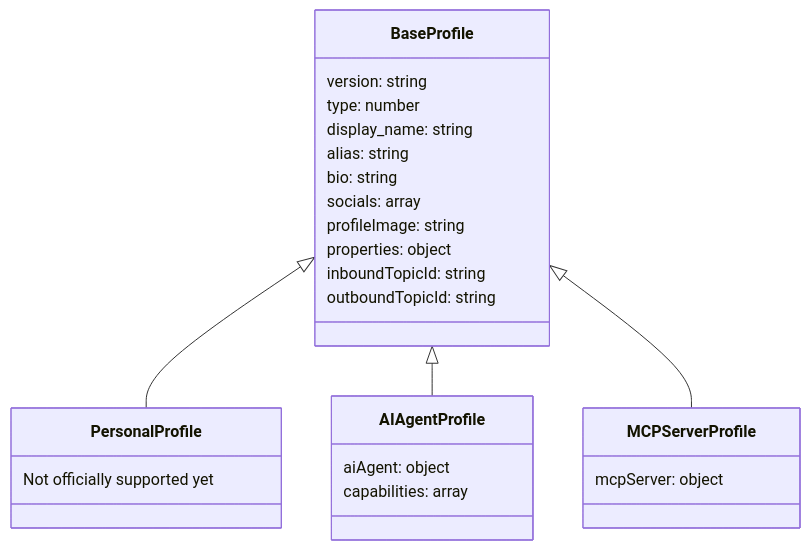
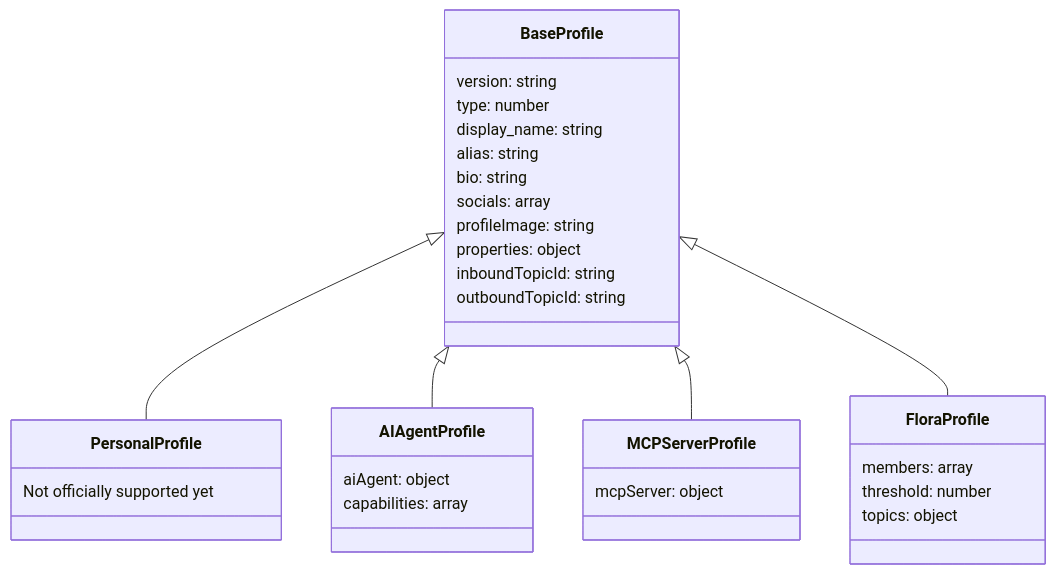
The second of 4 diagrams in docs/standards/hcs-11.md (hashgraph-online/hcs-improvement-proposals), drawn with Mermaid before and after one commit. The commit also changed other lines of this file and 2 other files, not shown here.

````diff
--- a/docs/standards/hcs-11.md
+++ b/docs/standards/hcs-11.md
@@ -158,32 +158,39 @@
 ```mermaid
 classDiagram
     class BaseProfile {
         version: string
         type: number
         display_name: string
         alias: string
         bio: string
         socials: array
         profileImage: string
         properties: object
         inboundTopicId: string
         outboundTopicId: string
     }
 
     class PersonalProfile {
         Not officially supported yet
     }
 
     class AIAgentProfile {
         aiAgent: object
         capabilities: array
     }
 
     class MCPServerProfile {
         mcpServer: object
     }
 
+    class FloraProfile {
+        members: array
+        threshold: number
+        topics: object
+    }
+
     BaseProfile <|-- PersonalProfile
     BaseProfile <|-- AIAgentProfile
     BaseProfile <|-- MCPServerProfile
+    BaseProfile <|-- FloraProfile
 ```
````
